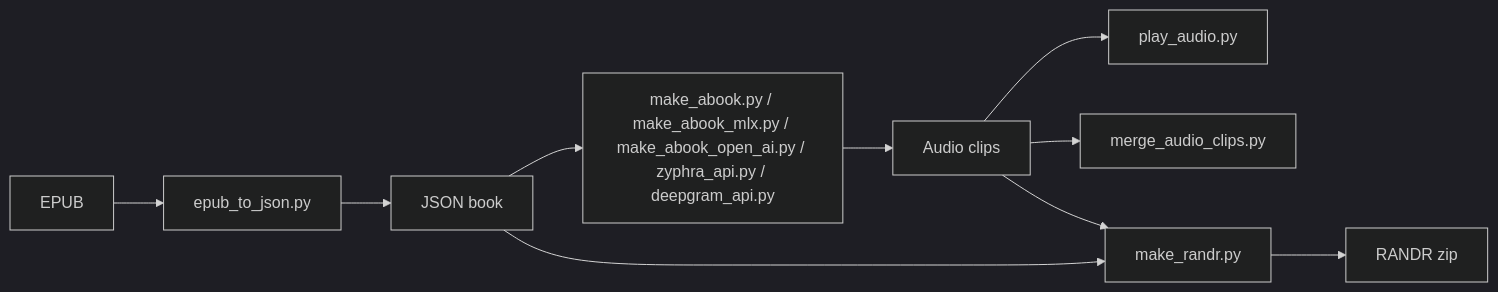
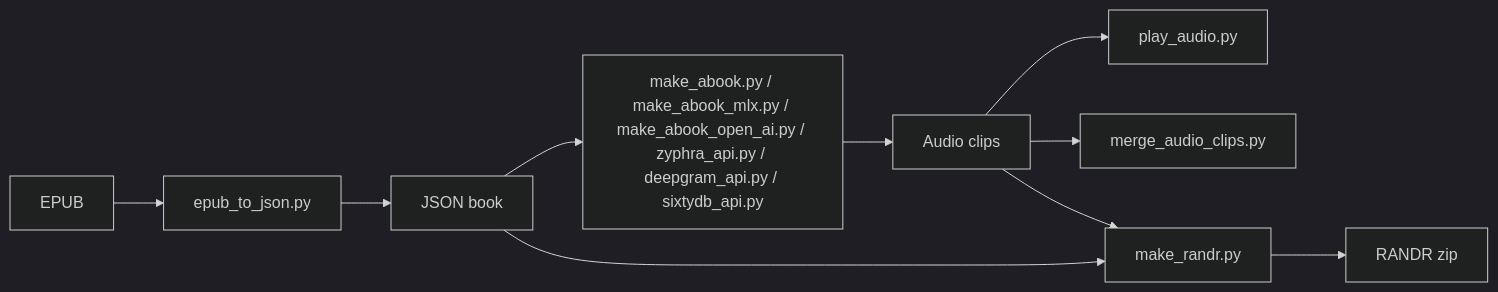
One commit to sergenes/runandread-audiobook changed the diagram in README.md. Above: the diagram before and after it, drawn with Mermaid (dark theme). The commit also changed other lines of this file and 1 other file, not shown here.

````diff
--- a/README.md
+++ b/README.md
@@ -232,12 +239,12 @@
 ```mermaid
 flowchart LR
     A[EPUB] --> B[epub_to_json.py]
     B --> C[JSON book]
-    C --> D[make_abook.py / make_abook_mlx.py / make_abook_open_ai.py / zyphra_api.py / deepgram_api.py]
+    C --> D[make_abook.py / make_abook_mlx.py / make_abook_open_ai.py / zyphra_api.py / deepgram_api.py / sixtydb_api.py]
     D --> E[Audio clips]
     E --> F[play_audio.py]
     E --> G[merge_audio_clips.py]
     C --> H[make_randr.py]
     E --> H
     H --> I[RANDR zip]
 ```
````
